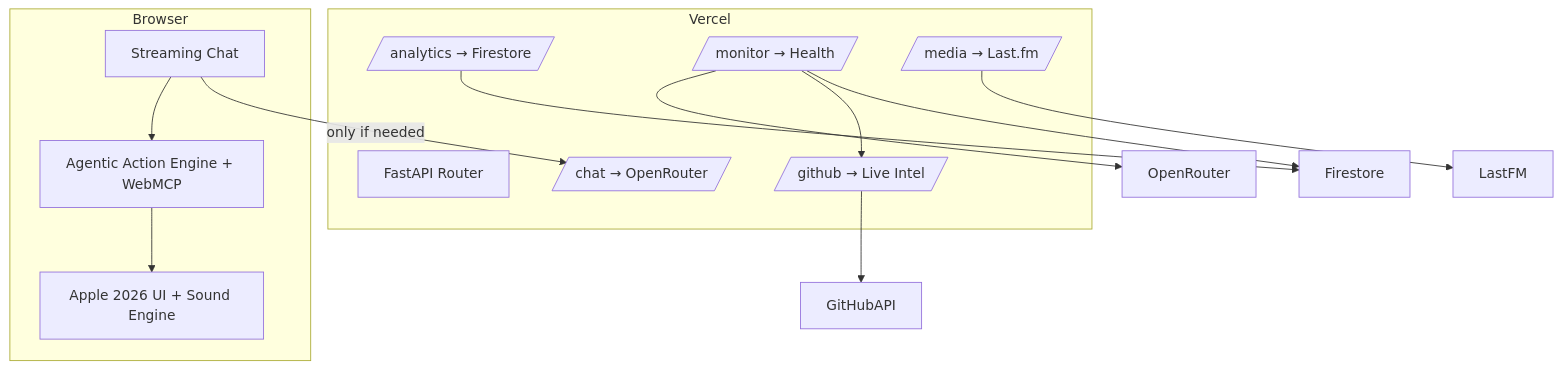
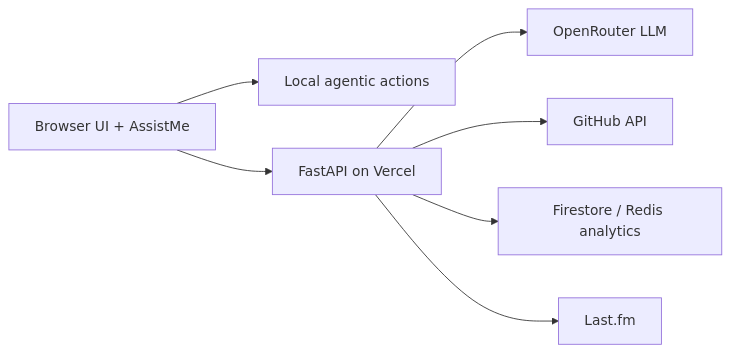
One commit to mangeshraut712/mangeshrautarchive changed the diagram in README.md. Above: the diagram before and after it, drawn with Mermaid. The commit also changed other lines of this file and 18 other files, not shown here.

````diff
--- a/README.md
+++ b/README.md
@@ -250,25 +93,9 @@
 ```mermaid
-flowchart TD
-    subgraph Browser
-        UI[Apple 2026 UI + Sound Engine]
-        Agentic[Agentic Action Engine + WebMCP]
-        Chat[Streaming Chat]
-    end
-
-    subgraph Vercel
-        FastAPI[FastAPI Router]
-        ChatAPI[/chat → OpenRouter/]
-        Analytics[/analytics → Firestore/]
-        GitHub[/github → Live Intel/]
-        Monitor[/monitor → Health/]
-        Media[/media → Last.fm/]
-    end
-
-    Agentic --> UI
-    Chat --> Agentic
-    Chat -- only if needed --> ChatAPI
-    Analytics --> Firestore
-    GitHub --> GitHubAPI
-    Monitor --> OpenRouter & GitHub & Firestore
-    Media --> LastFM
+flowchart LR
+  Browser[Browser UI + AssistMe] --> Local[Local agentic actions]
+  Browser --> API[FastAPI on Vercel]
+  API --> OpenRouter[OpenRouter LLM]
+  API --> GitHub[GitHub API]
+  API --> Firestore[Firestore / Redis analytics]
+  API --> LastFM[Last.fm]
 ```
````
